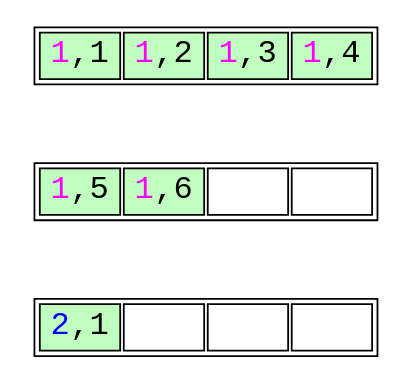
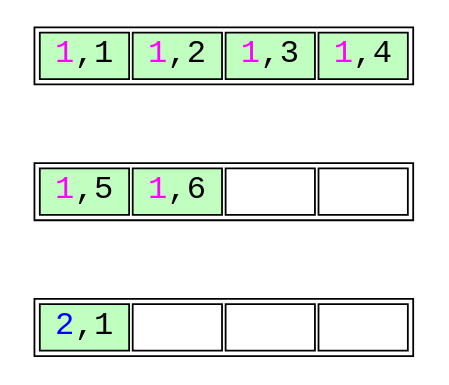
One commit to petergeoghegan/pg_query_internals changed the diagram in optimized-leaf-page-split-1.dot. Above: the diagram before and after it, drawn with Graphviz. The commit also changed 6 other files, not shown here.

```diff
--- a/optimized-leaf-page-split-1.dot
+++ b/optimized-leaf-page-split-1.dot
@@ -1,52 +1,52 @@
 // Example B-Tree graph
 //
 // Breadth-first order
 //
 // Start from root, go left to right
 //
 // Workflow:
 //
 // $ dot -T svg btree.dot -o btree.svg;
 
 digraph nbtree {
 graph [fontname = "monospace"];
 node [shape = none,height=.1,fontname = "monospace",fontsize=18];
 // Level 0 (leaf level)
-leafnode_2[ label=<<table width="180">
+leafnode_2[ label=<<table width="200">
                     <tr>
-                        <td bgcolor='darkseagreen1' port="t2" width="45"><font color="magenta">1</font>,1</td>
-                        <td bgcolor='darkseagreen1' port="t3" width="45"><font color="magenta">1</font>,2</td>
-                        <td bgcolor='darkseagreen1' port="t4" width="45"><font color="magenta">1</font>,3</td>
-                        <td bgcolor='darkseagreen1' port="t4" width="45"><font color="magenta">1</font>,4</td>
+                        <td bgcolor='darkseagreen1' port="t2" width="50"><font color="magenta">1</font>,1</td>
+                        <td bgcolor='darkseagreen1' port="t3" width="50"><font color="magenta">1</font>,2</td>
+                        <td bgcolor='darkseagreen1' port="t4" width="50"><font color="magenta">1</font>,3</td>
+                        <td bgcolor='darkseagreen1' port="t4" width="50"><font color="magenta">1</font>,4</td>
                     </tr>
                 </table>
                >
         ];
 edge[style=invis];
 "leafnode_2" -> "leafnode_3"
-leafnode_3[ label=<<table width="180">
+leafnode_3[ label=<<table width="200">
                     <tr>
-                        <td bgcolor='darkseagreen1' port="t4" width="45"><font color="magenta">1</font>,5</td>
-                        <td bgcolor='darkseagreen1' port="t4" width="45"><font color="magenta">1</font>,6</td>
-                        <td bgcolor='white' port="t3" width="45"></td>
-                        <td bgcolor='white' port="t3" width="45"></td>
+                        <td bgcolor='darkseagreen1' port="t4" width="50"><font color="magenta">1</font>,5</td>
+                        <td bgcolor='darkseagreen1' port="t4" width="50"><font color="magenta">1</font>,6</td>
+                        <td bgcolor='white' port="t3" width="50"></td>
+                        <td bgcolor='white' port="t3" width="50"></td>
                     </tr>
                 </table>
                >
         ];
 edge[style=invis];
 "leafnode_3" -> "leafnode_4"
-leafnode_4[ label=<<table width="180">
+leafnode_4[ label=<<table width="200">
                     <tr>
-                        <td bgcolor='darkseagreen1' port="t4" width="45"><font color="blue">2</font>,1</td>
-                        <td bgcolor='white' port="t3" width="45"></td>
-                        <td bgcolor='white' port="t3" width="45"></td>
-                        <td bgcolor='white' port="t3" width="45"></td>
+                        <td bgcolor='darkseagreen1' port="t4" width="50"><font color="blue">2</font>,1</td>
+                        <td bgcolor='white' port="t3" width="50"></td>
+                        <td bgcolor='white' port="t3" width="50"></td>
+                        <td bgcolor='white' port="t3" width="50"></td>
                     </tr>
                 </table>
                >
         ];
 //Force alignment from root to internal to leaf levels:
 //edge[style=invis];
 //"rootnode":d1 -> "leafnode_2":t2
 }
```
